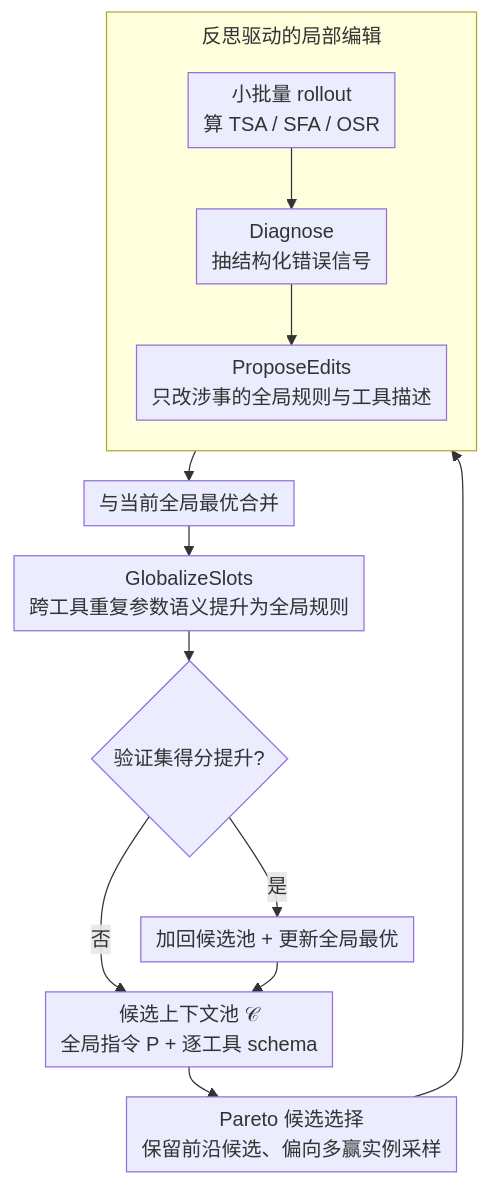
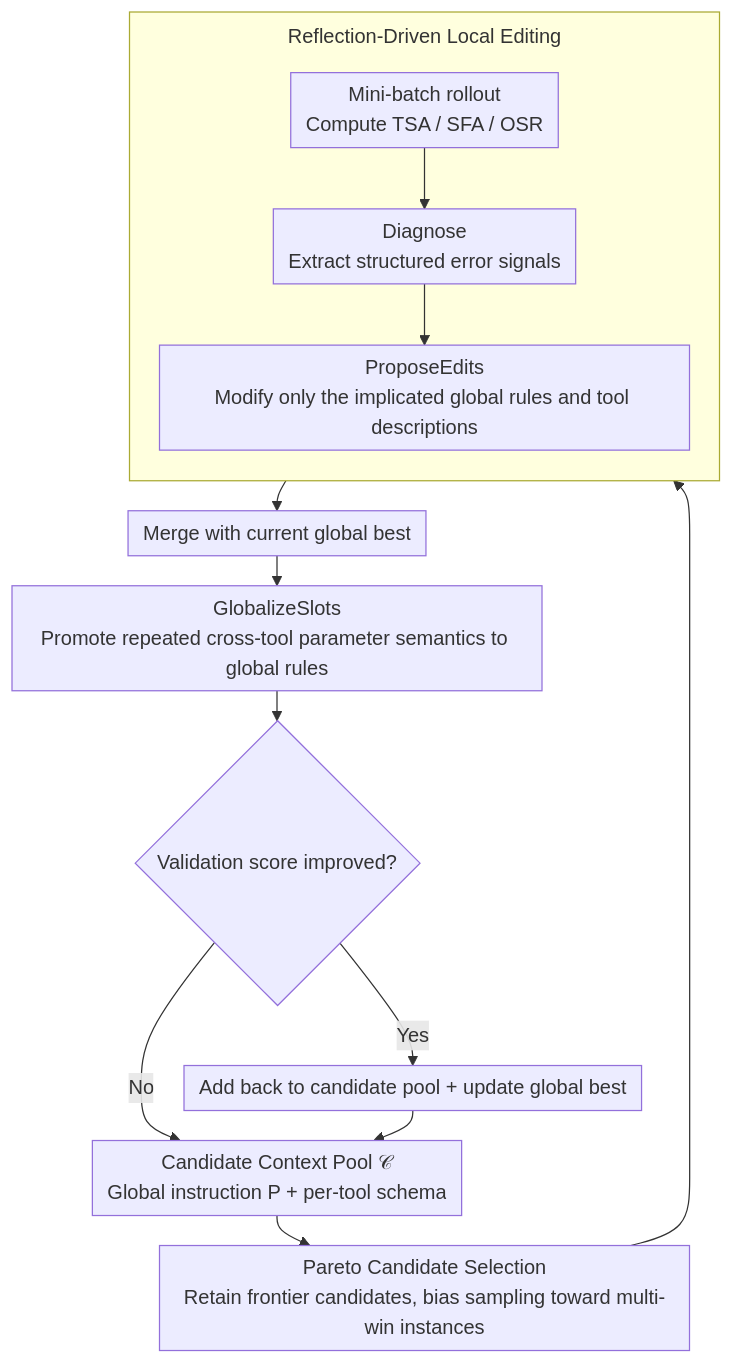
The diagram in docs/ACL2026/llm_reasoning/jtpro_a_joint_tool-prompt_reflective_optimization_framework_for_language_agents.md (zhaoyang97/Paper-Notes-en), drawn with Mermaid before and after one commit. The commit also changed 644 other files, not shown here.

````diff
--- a/docs/ACL2026/llm_reasoning/jtpro_a_joint_tool-prompt_reflective_optimization_framework_for_language_agents.md
+++ b/docs/ACL2026/llm_reasoning/jtpro_a_joint_tool-prompt_reflective_optimization_framework_for_language_agents.md
@@ -48,17 +48,17 @@
 ```mermaid
 %%{init: {'flowchart': {'rankSpacing': 24, 'nodeSpacing': 28, 'padding': 6, 'wrappingWidth': 400, 'subGraphTitleMargin': {'top': 8, 'bottom': 16}}}}%%
 flowchart TD
-    POOL["候选上下文池 𝒞<br/>全局指令 P + 逐工具 schema"] --> PARETO["Pareto 候选选择<br/>保留前沿候选、偏向多赢实例采样"]
-    subgraph EDIT["反思驱动的局部编辑"]
+    POOL["Candidate Context Pool 𝒞<br/>Global instruction P + per-tool schema"] --> PARETO["Pareto Candidate Selection<br/>Retain frontier candidates, bias sampling toward multi-win instances"]
+    subgraph EDIT["Reflection-Driven Local Editing"]
         direction TB
-        RO["小批量 rollout<br/>算 TSA / SFA / OSR"] --> DIAG["Diagnose<br/>抽结构化错误信号"]
-        DIAG --> PROP["ProposeEdits<br/>只改涉事的全局规则与工具描述"]
+        RO["Mini-batch rollout<br/>Compute TSA / SFA / OSR"] --> DIAG["Diagnose<br/>Extract structured error signals"]
+        DIAG --> PROP["ProposeEdits<br/>Modify only the implicated global rules and tool descriptions"]
     end
     PARETO --> EDIT
-    EDIT --> MERGE["与当前全局最优合并"]
-    MERGE --> GLOB["GlobalizeSlots<br/>跨工具重复参数语义提升为全局规则"]
-    GLOB --> VAL{"验证集得分提升?"}
-    VAL -->|是| UPD["加回候选池 + 更新全局最优"]
-    VAL -->|否| POOL
+    EDIT --> MERGE["Merge with current global best"]
+    MERGE --> GLOB["GlobalizeSlots<br/>Promote repeated cross-tool parameter semantics to global rules"]
+    GLOB --> VAL{"Validation score improved?"}
+    VAL -->|Yes| UPD["Add back to candidate pool + update global best"]
+    VAL -->|No| POOL
     UPD --> POOL
 ```
````
